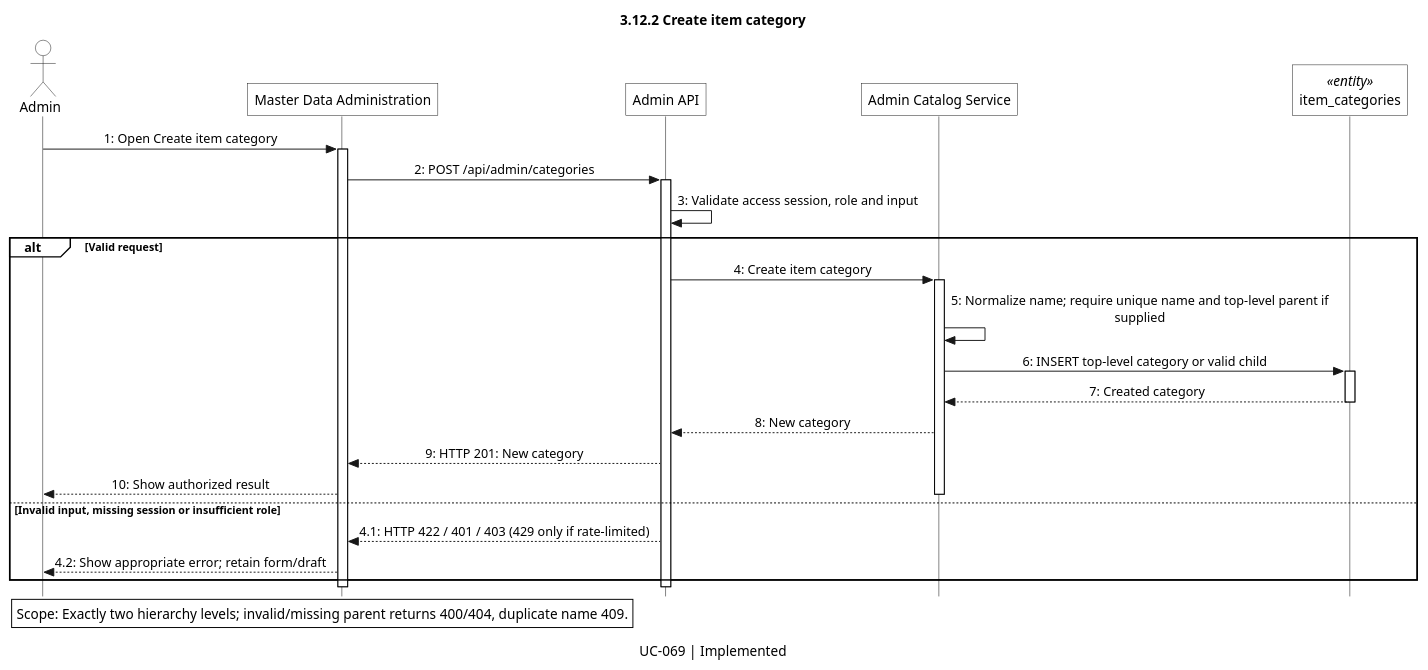
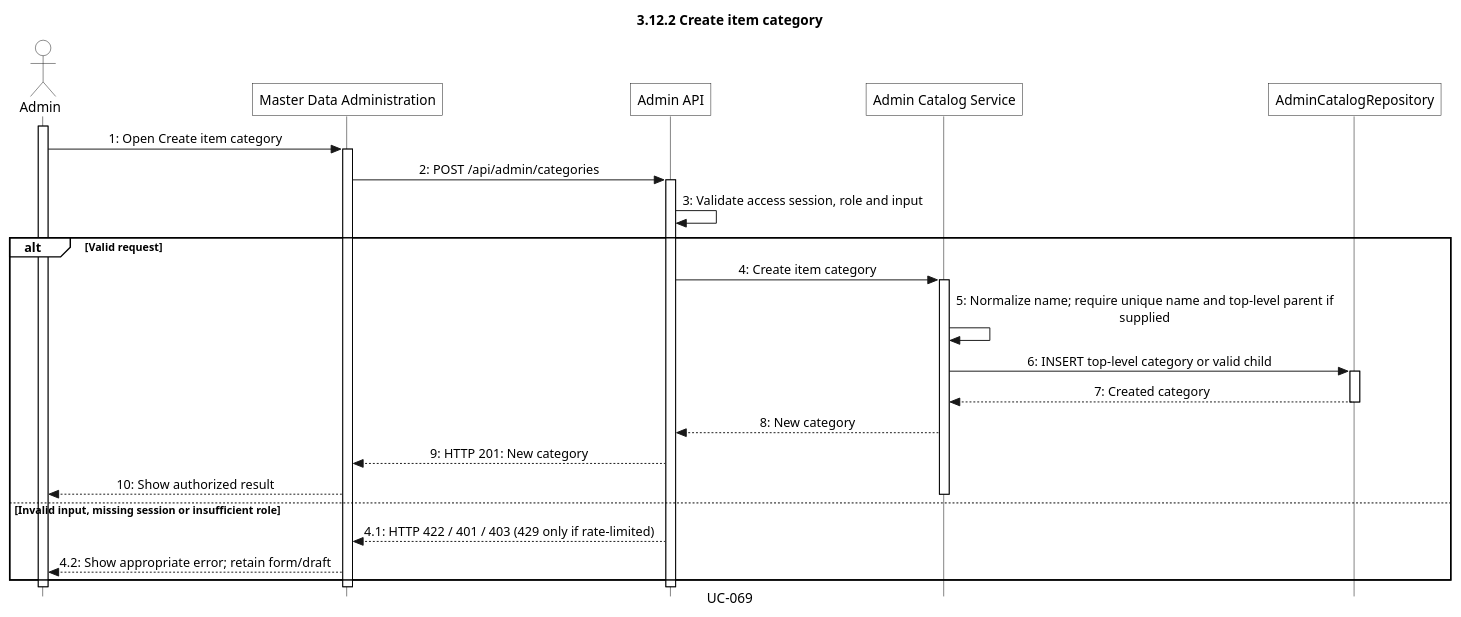
Before and after one commit to LNFSYS/lost-and-found-management-system-main: the diagram in docs/sequences/Khoa/3.12/3.12.2_UC-069_create-item-category.puml, drawn with PlantUML. The commit also changed 336 other files, not shown here.

Commit message:
docs: refine sequence lifelines and diagram presentation

```diff
--- a/docs/sequences/Khoa/3.12/3.12.2_UC-069_create-item-category.puml
+++ b/docs/sequences/Khoa/3.12/3.12.2_UC-069_create-item-category.puml
@@ -1,62 +1,65 @@
 @startuml
 title 3.12.2 Create item category
-caption UC-069 | Implemented
+caption UC-069
+' Catalogue: UC-069 | Implemented
 skinparam monochrome true
 skinparam shadowing false
 skinparam roundcorner 0
 skinparam defaultFontName Arial
 skinparam LegendBackgroundColor white
 skinparam style strictuml
 skinparam sequenceMessageAlign center
 show footbox
 <style>
 lifeLine {
     LineStyle 0
 }
 </style>
 skinparam sequence {
     ParticipantBackgroundColor white
     ActorBackgroundColor white
     LifeLineBackgroundColor white
     LifeLineBorderColor black
     GroupBackgroundColor white
     GroupHeaderBackgroundColor white
 }
 
 ' Source: apps/api-node/src/modules/admin/application/admin-catalog.use-cases.ts
+' Main entity: item_categories
 ' Main entity migration: apps/api-node/src/migrations/002_lost_found_schema.sql
-' One-table abstraction: related repository reads/writes stay inside the service.
+' Single persistence lifeline: related reads/writes remain summarized in the service.
 actor "Admin" as Actor
 participant "Master Data Administration" as Page
 participant "Admin API" as API
 participant "Admin Catalog Service" as Service
-participant "item_categories" as Table <<entity>>
+participant "AdminCatalogRepository" as Table
 
+activate Actor
 Actor -> Page: 1: Open Create item category
 activate Page
 Page -> API: 2: POST /api/admin/categories
 activate API
 API -> API: 3: Validate access session, role and input
 alt Valid request
 API -> Service: 4: Create item category
 activate Service
 Service -> Service: 5: Normalize name; require unique name and top-level parent if\nsupplied
 Service -> Table: 6: INSERT top-level category or valid child
 activate Table
 Table --> Service: 7: Created category
 deactivate Table
 Service --> API: 8: New category
 API --> Page: 9: HTTP 201: New category
 Page --> Actor: 10: Show authorized result
 deactivate Service
 else Invalid input, missing session or insufficient role
 API --> Page: 4.1: HTTP 422 / 401 / 403 (429 only if rate-limited)
 Page --> Actor: 4.2: Show appropriate error; retain form/draft
 end
 deactivate API
 deactivate Page
+deactivate Actor
 
-legend left
-Scope: Exactly two hierarchy levels; invalid/missing parent returns 400/404, duplicate name 409.
-endlegend
+' Scope note (not rendered):
+' Scope: Exactly two hierarchy levels; invalid/missing parent returns 400/404, duplicate name 409.
 @enduml
```
